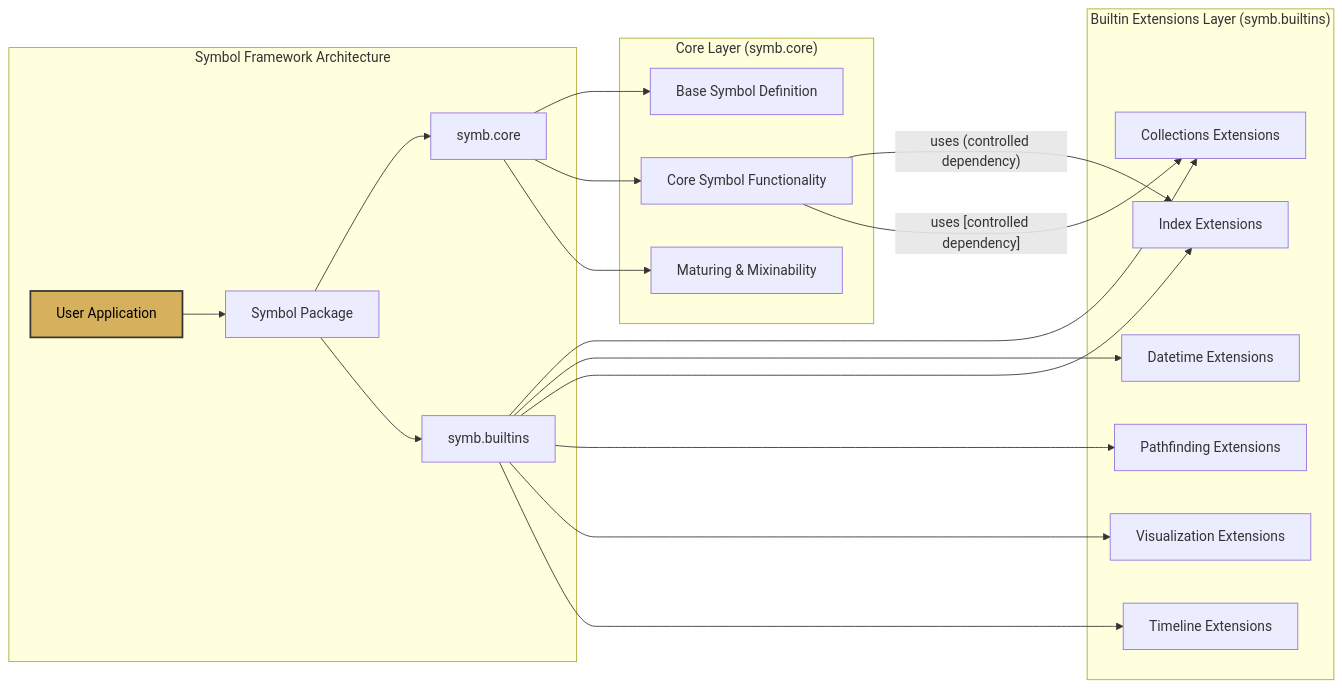
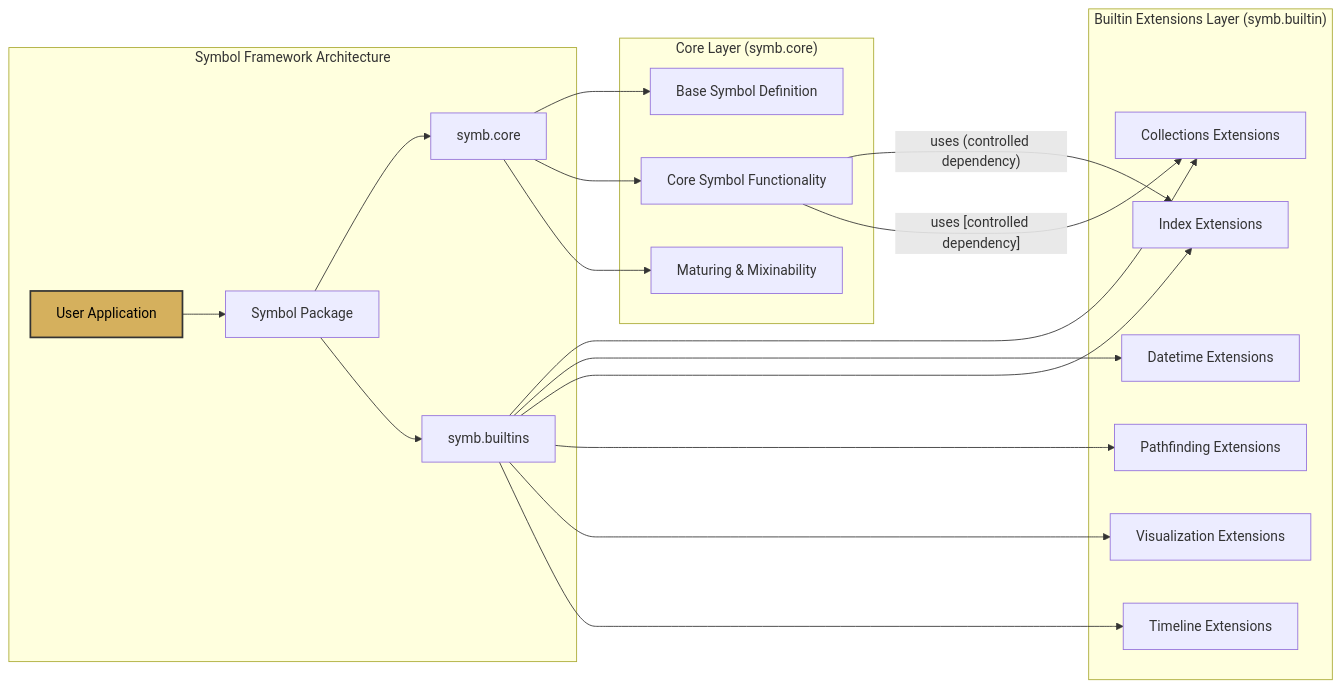
The diagram in docs/topics/3_layered_architecture/layered_architecture-lr.mmd (ikko/sym), drawn with Mermaid before and after one commit. The commit also changed 34 other files, not shown here.

```diff
--- a/docs/topics/3_layered_architecture/layered_architecture-lr.mmd
+++ b/docs/topics/3_layered_architecture/layered_architecture-lr.mmd
@@ -1,28 +1,28 @@
 graph LR
     subgraph "Symbol Framework Architecture"
         A[User Application] --> B[Symbol Package];
         B --> C[symb.core];
         B --> D[symb.builtins];
     end
 
     subgraph "Core Layer #40;symb.core#41;"
         C --> C1[Base Symbol Definition];
         C --> C2[Core Symbol Functionality];
         C --> C3[Maturing & Mixinability];
     end
 
-    subgraph "Builtin Extensions Layer #40;symb.builtins#41;"
+    subgraph "Builtin Extensions Layer #40;symb.builtin#41;"
         D --> D1[Collections Extensions];
         D --> D2[Datetime Extensions];
         D --> D3[Index Extensions];
         D --> D4[Pathfinding Extensions];
         D --> D5[Visualization Extensions];
         D --> D6[Timeline Extensions];
     end
 
     C2 -- "uses #40;controlled dependency#41;" --> D3;
     C2 -- "uses [controlled dependency]" --> D1;
 
     style A fill:#d5b05d,stroke:#333,stroke-width:2px,color:#000000;
 
     style A fill:#d5b05d,stroke:#333,stroke-width:2px,color:#000000;
```
